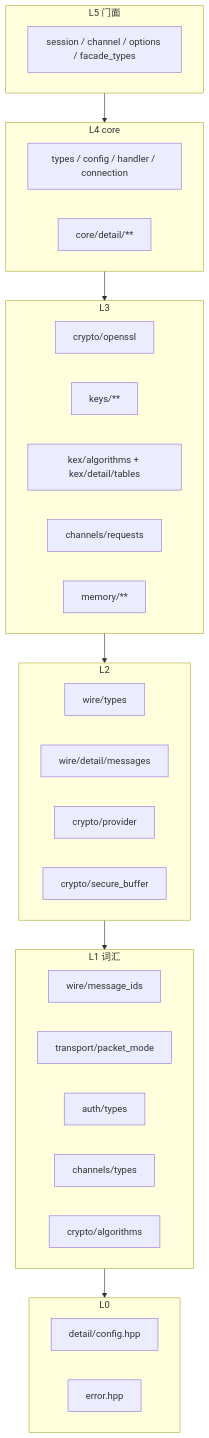
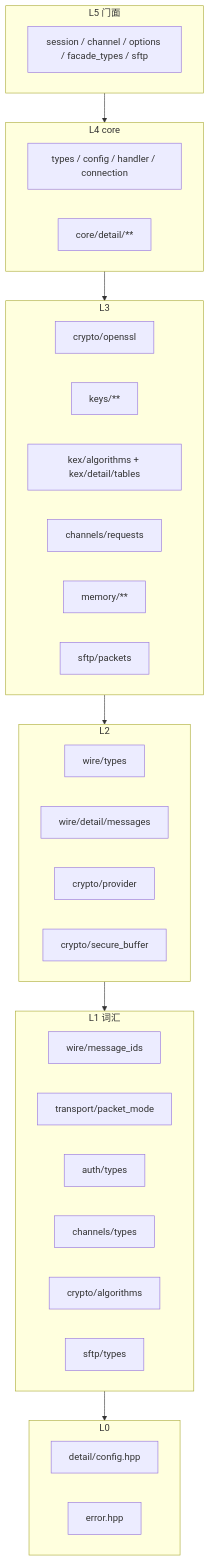
Before and after one commit to daipingh/yanterm-ssh: the diagram in PUBLIC_API.md, drawn with Mermaid. The commit also changed other lines of this file and 42 other files, not shown here.

````diff
--- a/PUBLIC_API.md
+++ b/PUBLIC_API.md
@@ -16,35 +18,37 @@
 ```mermaid
 flowchart TB
   subgraph L5["L5 门面"]
-    facade["session / channel / options / facade_types"]
+    facade["session / channel / options / facade_types / sftp"]
   end
   subgraph L4["L4 core"]
     core_pub["types / config / handler / connection"]
     core_priv["core/detail/**"]
   end
   subgraph L3["L3"]
     openssl["crypto/openssl"]
     keys["keys/**"]
     kexalg["kex/algorithms + kex/detail/tables"]
     reqs["channels/requests"]
     memory["memory/**"]
+    sftp_pkt["sftp/packets"]
   end
   subgraph L2["L2"]
     wtypes["wire/types"]
     wmsg["wire/detail/messages"]
     prov["crypto/provider"]
     secbuf["crypto/secure_buffer"]
   end
   subgraph L1["L1 词汇"]
     mid["wire/message_ids"]
     pm["transport/packet_mode"]
     at["auth/types"]
     ct["channels/types"]
     calg["crypto/algorithms"]
+    sftp_ty["sftp/types"]
   end
   subgraph L0["L0"]
     cfg["detail/config.hpp"]
     err["error.hpp"]
   end
   L5 --> L4 --> L3 --> L2 --> L1 --> L0
 ```
````
